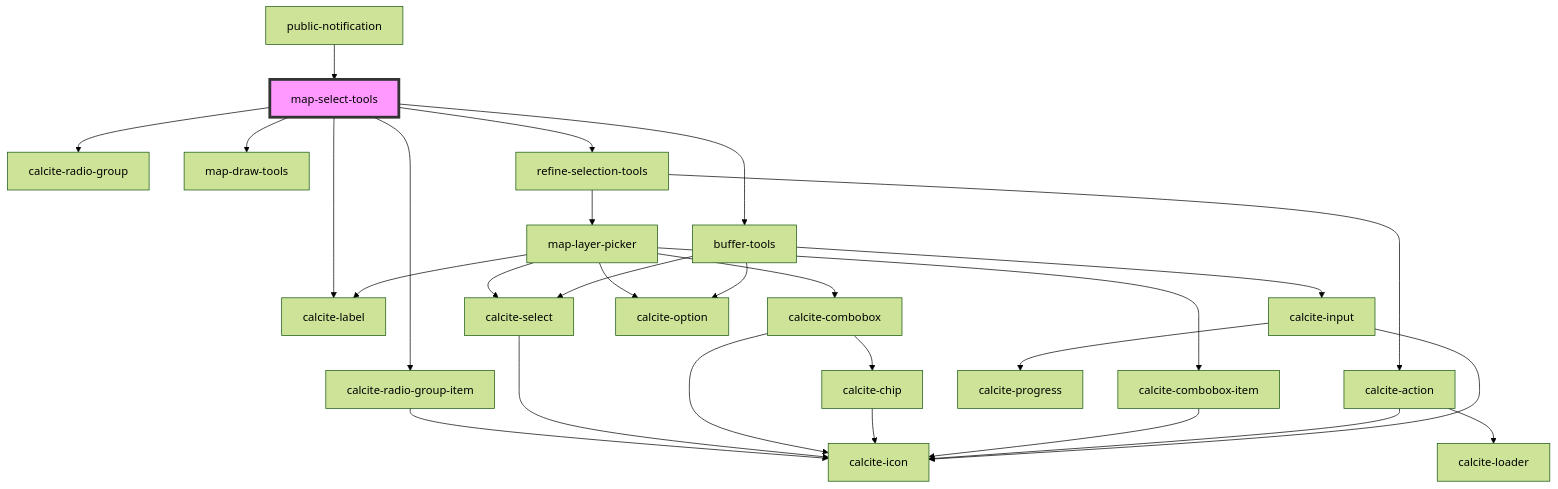
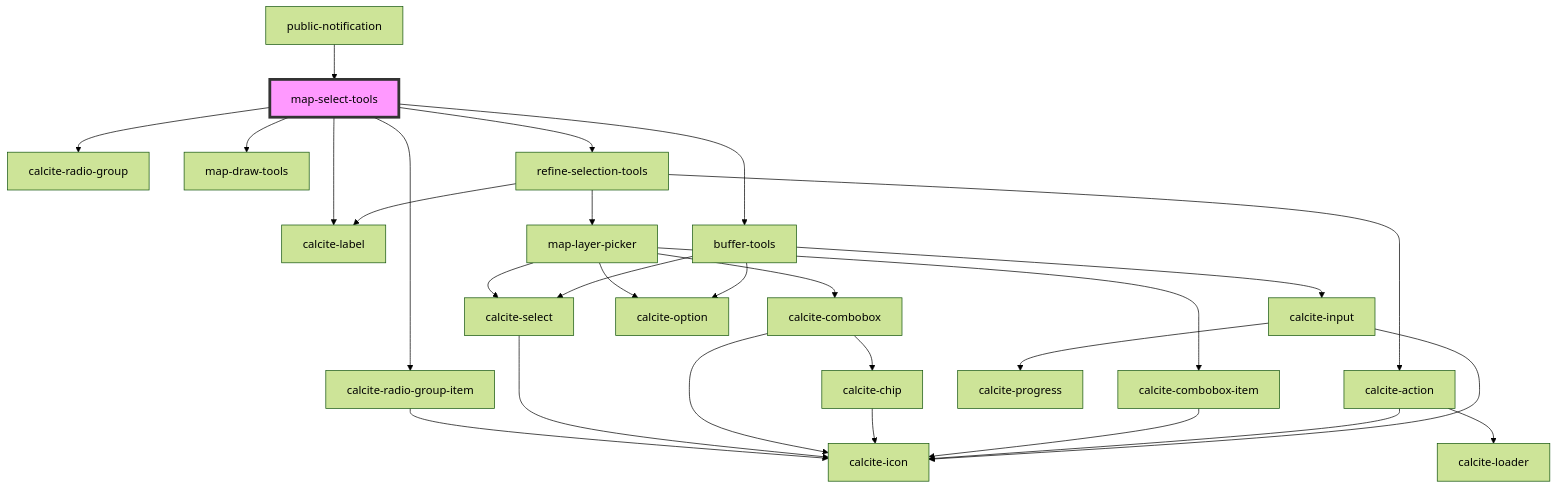
Before and after one commit to Esri/solutions-components: the diagram in src/components/map-select-tools/readme.md, drawn with Mermaid (forest theme). The commit also changed 13 other files, not shown here.

Commit message:
remove forced label from map layer picker

````diff
--- a/src/components/map-select-tools/readme.md
+++ b/src/components/map-select-tools/readme.md
@@ -96,31 +96,31 @@
 ```mermaid
 graph TD;
   map-select-tools --> calcite-radio-group
   map-select-tools --> calcite-radio-group-item
   map-select-tools --> map-draw-tools
   map-select-tools --> refine-selection-tools
   map-select-tools --> calcite-label
   map-select-tools --> buffer-tools
   calcite-radio-group-item --> calcite-icon
+  refine-selection-tools --> calcite-label
   refine-selection-tools --> map-layer-picker
   refine-selection-tools --> calcite-action
-  map-layer-picker --> calcite-label
   map-layer-picker --> calcite-select
   map-layer-picker --> calcite-combobox
   map-layer-picker --> calcite-combobox-item
   map-layer-picker --> calcite-option
   calcite-select --> calcite-icon
   calcite-combobox --> calcite-chip
   calcite-combobox --> calcite-icon
   calcite-chip --> calcite-icon
   calcite-combobox-item --> calcite-icon
   calcite-action --> calcite-loader
   calcite-action --> calcite-icon
   buffer-tools --> calcite-input
   buffer-tools --> calcite-select
   buffer-tools --> calcite-option
   calcite-input --> calcite-progress
   calcite-input --> calcite-icon
   public-notification --> map-select-tools
   style map-select-tools fill:#f9f,stroke:#333,stroke-width:4px
 ```
````
